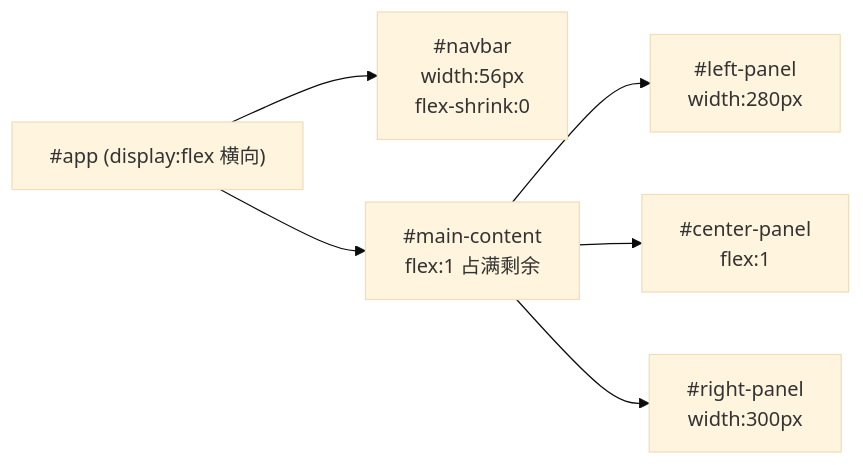
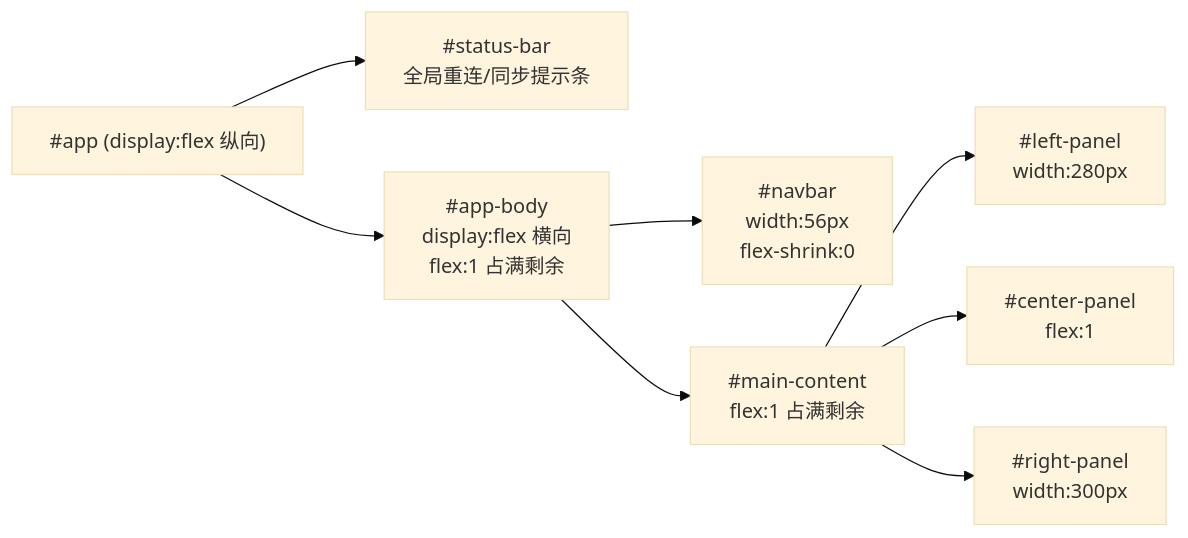
Before and after one commit to dacez/yimsg: the second of 6 diagrams in packages/uikit/docs/UIKit阅读指南.md, drawn with Mermaid (base theme). The commit also changed other lines of this file and 10 other files, not shown here.

````diff
--- a/packages/uikit/docs/UIKit阅读指南.md
+++ b/packages/uikit/docs/UIKit阅读指南.md
@@ -255,9 +255,11 @@
 ```mermaid
 flowchart LR
-  app["#app (display:flex 横向)"]
-  app --> navbar["#navbar<br/>width:56px<br/>flex-shrink:0"]
-  app --> main["#main-content<br/>flex:1 占满剩余"]
+  app["#app (display:flex 纵向)"]
+  app --> statusbar["#status-bar<br/>全局重连/同步提示条"]
+  app --> body["#app-body<br/>display:flex 横向<br/>flex:1 占满剩余"]
+  body --> navbar["#navbar<br/>width:56px<br/>flex-shrink:0"]
+  body --> main["#main-content<br/>flex:1 占满剩余"]
   main --> left["#left-panel<br/>width:280px"]
   main --> center["#center-panel<br/>flex:1"]
   main --> right["#right-panel<br/>width:300px"]
 ```
````
